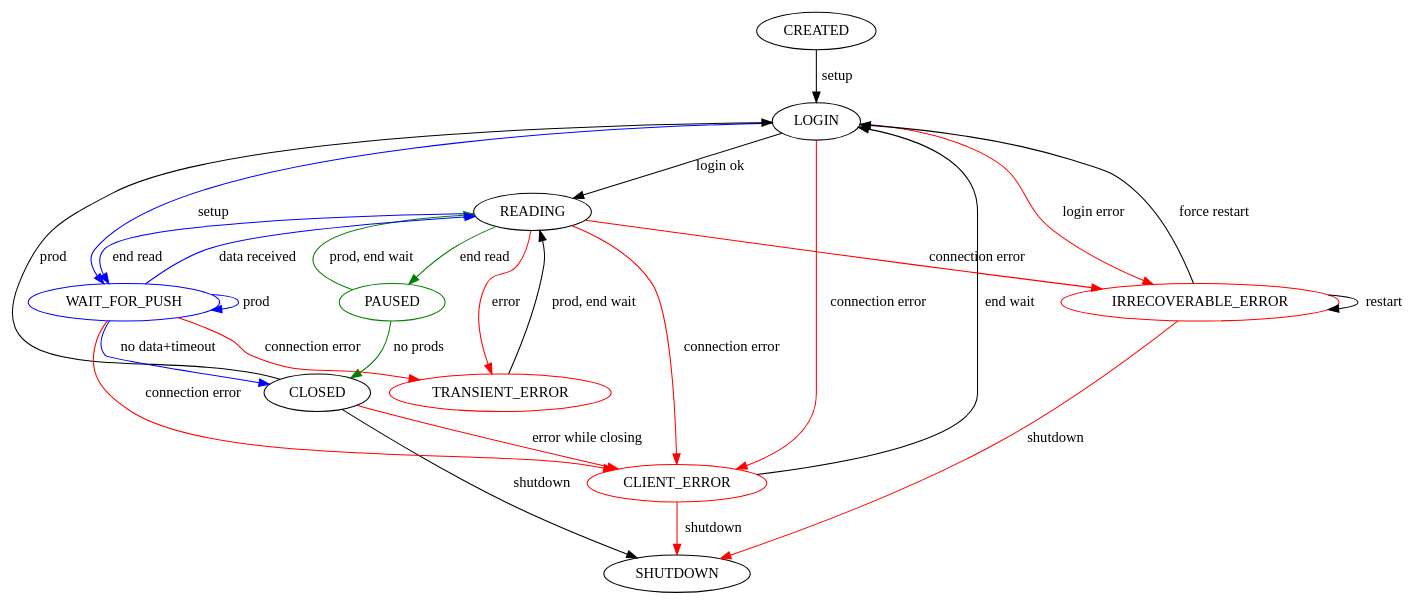
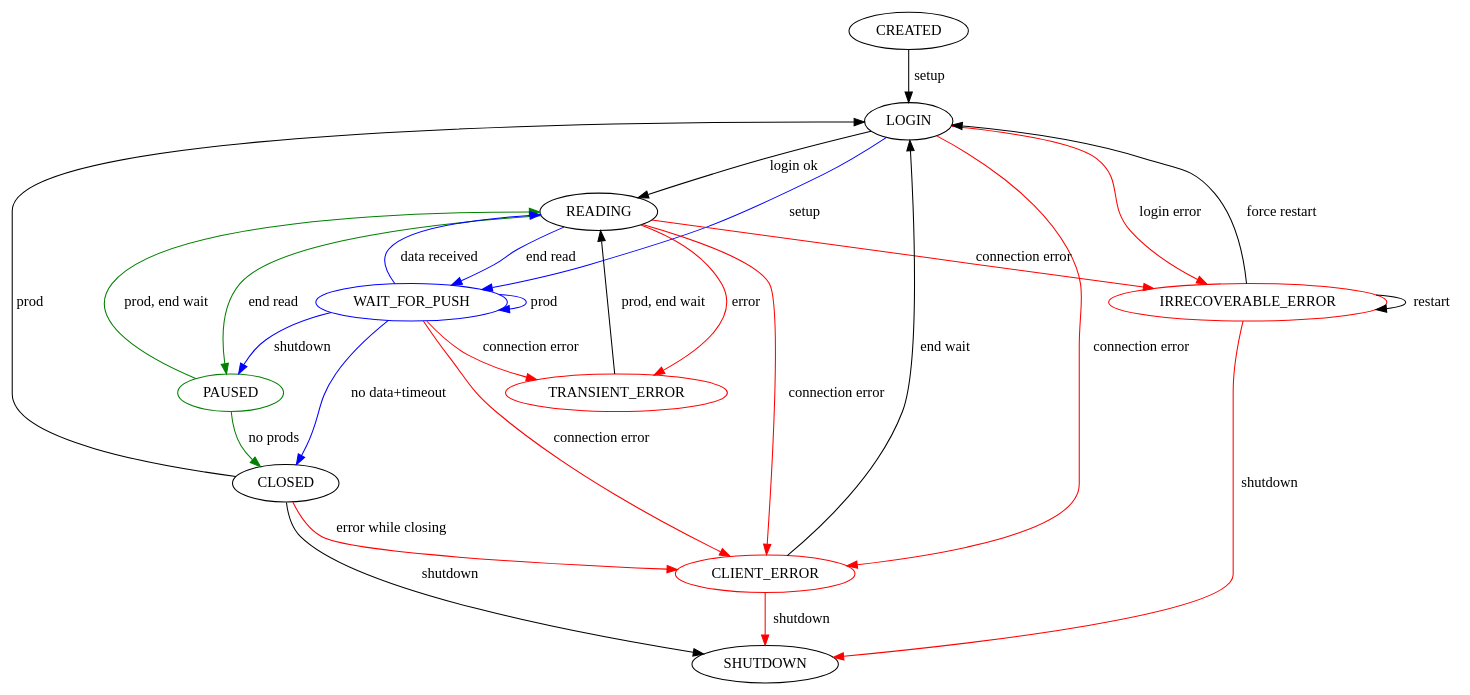
Before and after one commit to assembl/assembl: the diagram in doc/sourcereader.dot, drawn with Graphviz. The commit also changed 1 other file, not shown here.

```diff
--- a/doc/sourcereader.dot
+++ b/doc/sourcereader.dot
@@ -1,45 +1,46 @@
 strict digraph {
     CREATED;
     LOGIN;
     READING;
     PAUSED;
     CLOSED;
     SHUTDOWN;
 
     CREATED->LOGIN [label="setup"];
     LOGIN->READING [label="login ok"];
     TRANSIENT_ERROR->READING [label="prod, end wait"];
     CLOSED->LOGIN [label="prod"];
     CLOSED->SHUTDOWN [label="shutdown"];
     CLIENT_ERROR->LOGIN [label="end wait"];
     IRRECOVERABLE_ERROR->IRRECOVERABLE_ERROR [label="restart"];
     IRRECOVERABLE_ERROR->LOGIN [label="force restart"];
     CLIENT_ERROR->SHUTDOWN [label="shutdown", color="red"];
     IRRECOVERABLE_ERROR->SHUTDOWN [label="shutdown", color="red"];
 
     TRANSIENT_ERROR [color="red"];
     CLIENT_ERROR [color="red"];
     IRRECOVERABLE_ERROR [color="red"];
     LOGIN->CLIENT_ERROR [label="connection error", color="red"];
     LOGIN->IRRECOVERABLE_ERROR [label="login error", color="red"];
     READING->TRANSIENT_ERROR [label="connection error", color="red"];
     READING->CLIENT_ERROR [label="connection error", color="red"];
     READING->IRRECOVERABLE_ERROR [label="connection error", color="red"];
     READING->TRANSIENT_ERROR [label="error", color="red"];
     CLOSED->CLIENT_ERROR [label="error while closing", color="red"];
 
     PAUSED [color="green"];
     READING->PAUSED [label="end read", color="green"];
     PAUSED->READING [label="prod, end wait", color="green"];
     PAUSED->CLOSED [label="no prods", color="green"];
 
     WAIT_FOR_PUSH [color="blue"];
     LOGIN->WAIT_FOR_PUSH [label="setup", color="blue"];
     READING->WAIT_FOR_PUSH [label="end read", color="blue"];
     WAIT_FOR_PUSH->READING [label="data received", color="blue"];
+    WAIT_FOR_PUSH->PAUSED [label="shutdown", color="blue"];
     WAIT_FOR_PUSH->TRANSIENT_ERROR [label="connection error", color="red"];
     WAIT_FOR_PUSH->CLIENT_ERROR [label="connection error", color="red"];
     WAIT_FOR_PUSH->WAIT_FOR_PUSH [label="prod", color="blue"];
     WAIT_FOR_PUSH->CLOSED [label="no data+timeout", color="blue"];
 
 }
```
